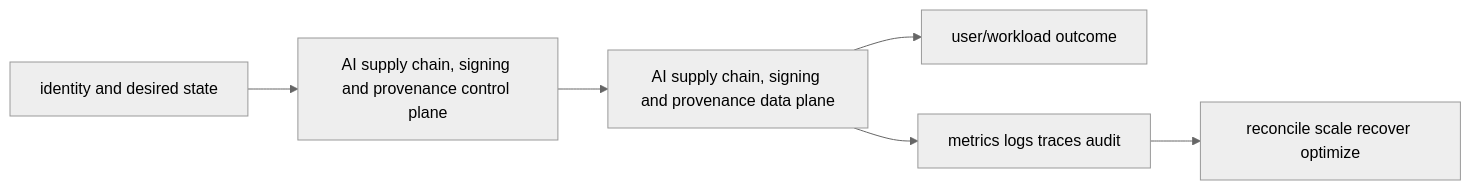
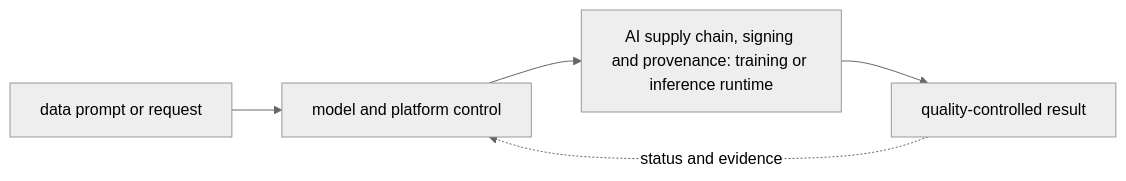
One commit to tomkidumbuyo/DevOps-interview-preparation changed the diagram in 11-ai-platform/08-mlops-and-llmops-lifecycle/25-ai-supply-chain/README.md. Above: the diagram before and after it, drawn with Mermaid (neutral theme). The commit also changed other lines of this file and 753 other files, not shown here.

````diff
--- a/11-ai-platform/08-mlops-and-llmops-lifecycle/25-ai-supply-chain/README.md
+++ b/11-ai-platform/08-mlops-and-llmops-lifecycle/25-ai-supply-chain/README.md
@@ -19,8 +31,7 @@
 ```mermaid
 flowchart LR
-  I[identity and desired state] --> C[AI supply chain, signing and provenance control plane]
-  C --> D[AI supply chain, signing and provenance data plane]
-  D --> U[user/workload outcome]
-  D --> O[metrics logs traces audit]
-  O --> R[reconcile scale recover optimize]
+  A["data prompt or request"] --> B["model and platform control"]
+  B --> C["AI supply chain, signing and provenance: training or inference runtime"]
+  C --> D["quality-controlled result"]
+  D -. "status and evidence" .-> B
 ```
````
